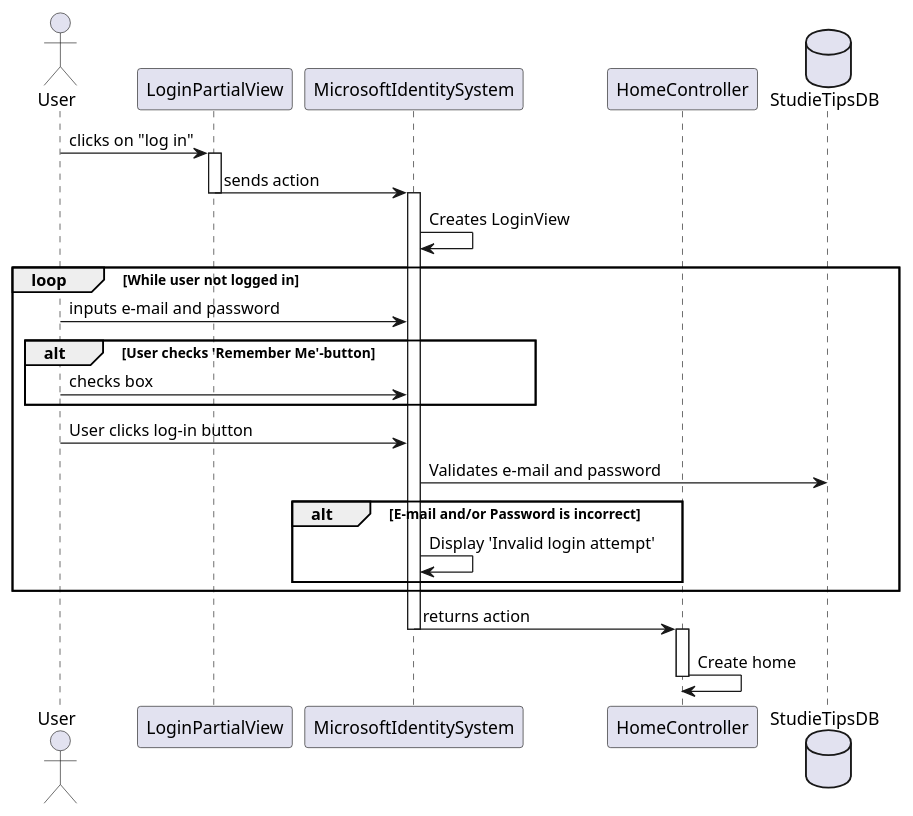
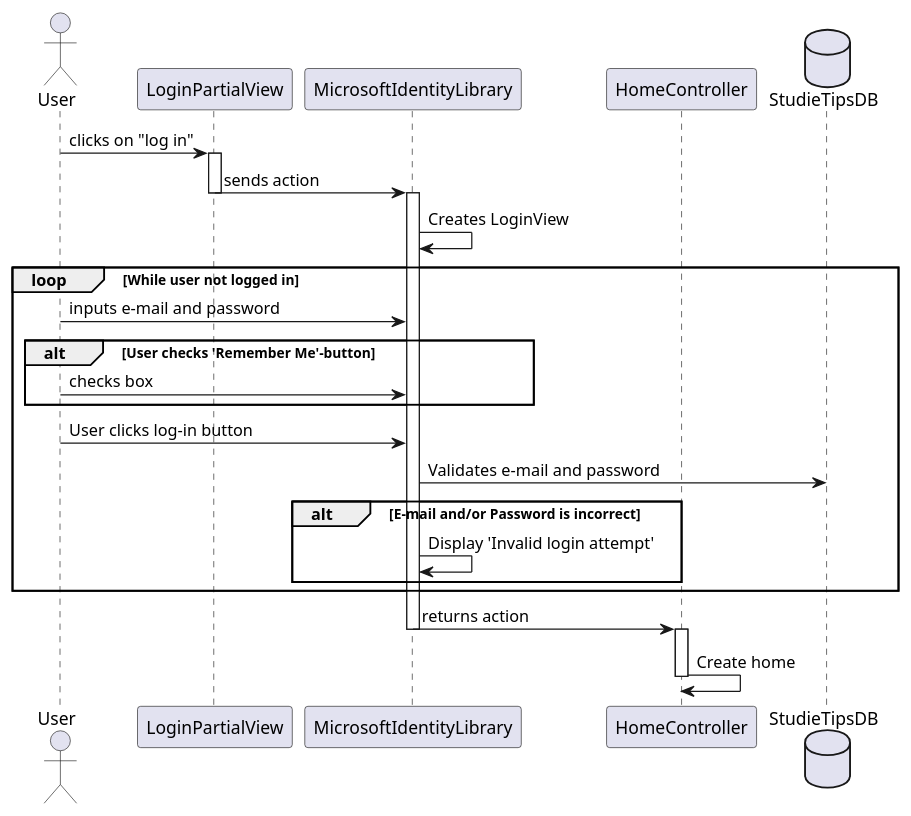
The diagram in Level4/SequenceDiagrams/LoginControllerCode.wsd (I4PRJ4/I4PRJ4-plantuml), drawn with PlantUML before and after one commit. The commit also changed 1 other file, not shown here.

Commit message:
updated to exclude microsoft identity pt. 2

```diff
--- a/Level4/SequenceDiagrams/LoginControllerCode.wsd
+++ b/Level4/SequenceDiagrams/LoginControllerCode.wsd
@@ -1,42 +1,42 @@
 @startuml LoginSequenceDiagram
 
 
 actor User as User
 participant LoginPartialView as LoginPartialView
-participant MicrosoftIdentitySystem as  MicrosoftIdentitySystem
+participant MicrosoftIdentityLibrary as  MicrosoftIdentityLibrary
 participant HomeController as HomeController
 database StudieTipsDB as Database
 
 User -> LoginPartialView : clicks on "log in"
 activate LoginPartialView
 
-LoginPartialView -> MicrosoftIdentitySystem : sends action
+LoginPartialView -> MicrosoftIdentityLibrary : sends action
 deactivate LoginPartialView
-activate MicrosoftIdentitySystem
+activate MicrosoftIdentityLibrary
 
-MicrosoftIdentitySystem -> MicrosoftIdentitySystem : Creates LoginView
+MicrosoftIdentityLibrary -> MicrosoftIdentityLibrary : Creates LoginView
 loop While user not logged in
-    User -> MicrosoftIdentitySystem : inputs e-mail and password
+    User -> MicrosoftIdentityLibrary : inputs e-mail and password
 
     alt User checks 'Remember Me'-button
-        User ->  MicrosoftIdentitySystem : checks box
+        User ->  MicrosoftIdentityLibrary : checks box
 
     end
 
-    User -> MicrosoftIdentitySystem : User clicks log-in button
+    User -> MicrosoftIdentityLibrary : User clicks log-in button
 
-    MicrosoftIdentitySystem -> Database : Validates e-mail and password
+    MicrosoftIdentityLibrary -> Database : Validates e-mail and password
 
     alt E-mail and/or Password is incorrect
-        MicrosoftIdentitySystem -> MicrosoftIdentitySystem : Display 'Invalid login attempt'
+        MicrosoftIdentityLibrary -> MicrosoftIdentityLibrary : Display 'Invalid login attempt'
 
     end
 end
-MicrosoftIdentitySystem -> HomeController : returns action
-deactivate MicrosoftIdentitySystem
+MicrosoftIdentityLibrary -> HomeController : returns action
+deactivate MicrosoftIdentityLibrary
 
 activate HomeController
 HomeController -> HomeController : Create home 
 deactivate HomeController
 
 @enduml
```
